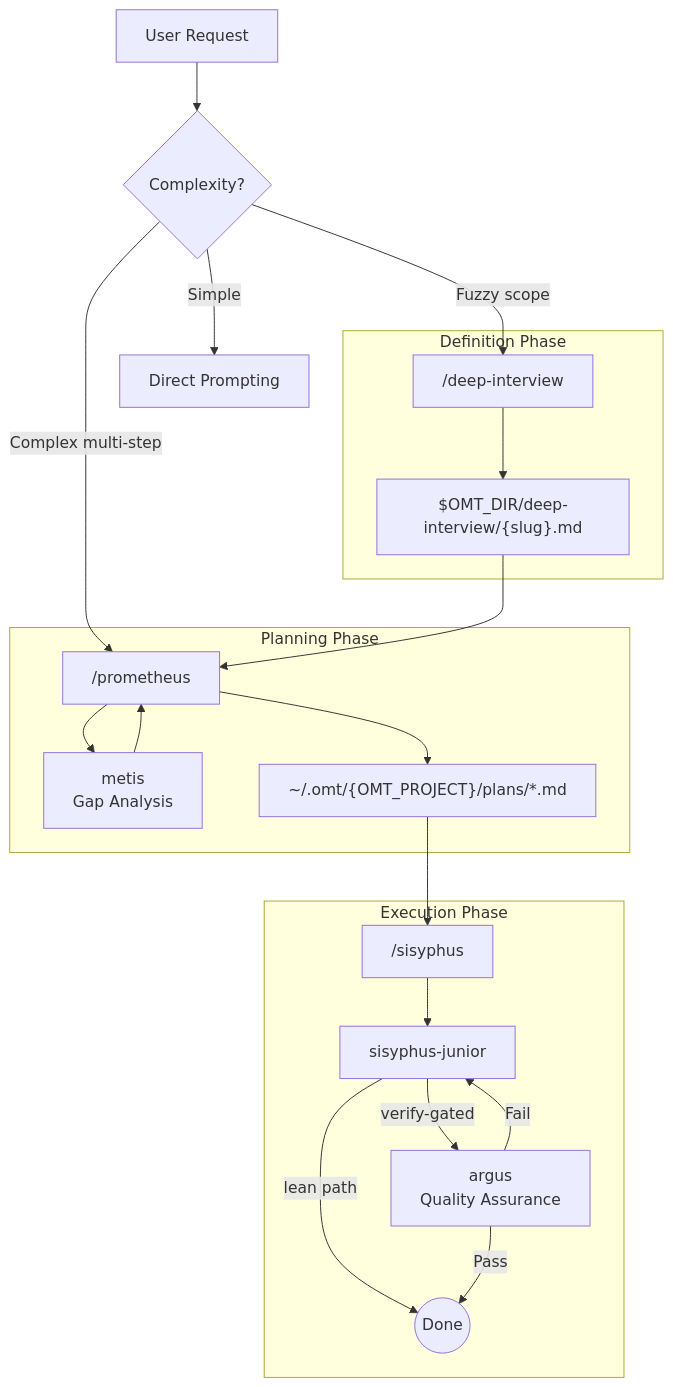
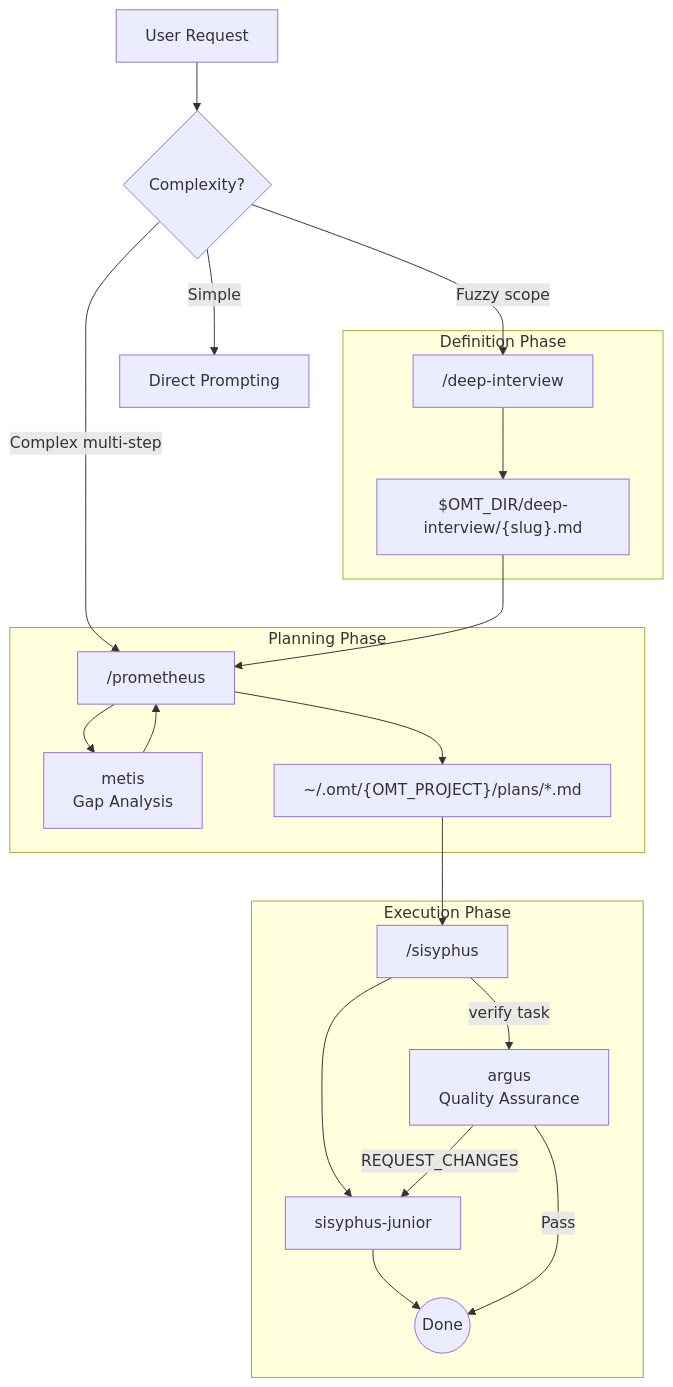
Before and after one commit to toongri/oh-my-toong-playground: the diagram in docs/ORCHESTRATION.en.md, drawn with Mermaid. The commit also changed other lines of this file and 8 other files, not shown here.

First line of the commit message:
refactor(sisyphus): verify-gated 하이브리드 구현 경로 제거

````diff
--- a/docs/ORCHESTRATION.en.md
+++ b/docs/ORCHESTRATION.en.md
@@ -50,28 +50,28 @@
 ```mermaid
 flowchart TD
     User[User Request] --> Decision{Complexity?}
 
     Decision -->|Simple| Direct[Direct Prompting]
     Decision -->|Fuzzy scope| DeepInterview["/deep-interview"]
     Decision -->|Complex multi-step| Prometheus
 
     subgraph Definition Phase
         DeepInterview --> SpecFile["$OMT_DIR/deep-interview/{slug}.md"]
     end
 
     subgraph Planning Phase
         SpecFile --> Prometheus["/prometheus"]
         Prometheus --> Metis[metis<br/>Gap Analysis]
         Metis --> Prometheus
         Prometheus --> PlanFile["~/.omt/{OMT_PROJECT}/plans/*.md"]
     end
 
     subgraph Execution Phase
         PlanFile --> Sisyphus["/sisyphus"]
         Sisyphus --> Junior[sisyphus-junior]
-        Junior -->|verify-gated| QA[argus<br/>Quality Assurance]
-        Junior -->|lean path| Done((Done))
+        Junior --> Done((Done))
+        Sisyphus -->|verify task| QA[argus<br/>Quality Assurance]
         QA -->|Pass| Done
-        QA -->|Fail| Junior
+        QA -->|REQUEST_CHANGES| Junior
     end
 ```
````
